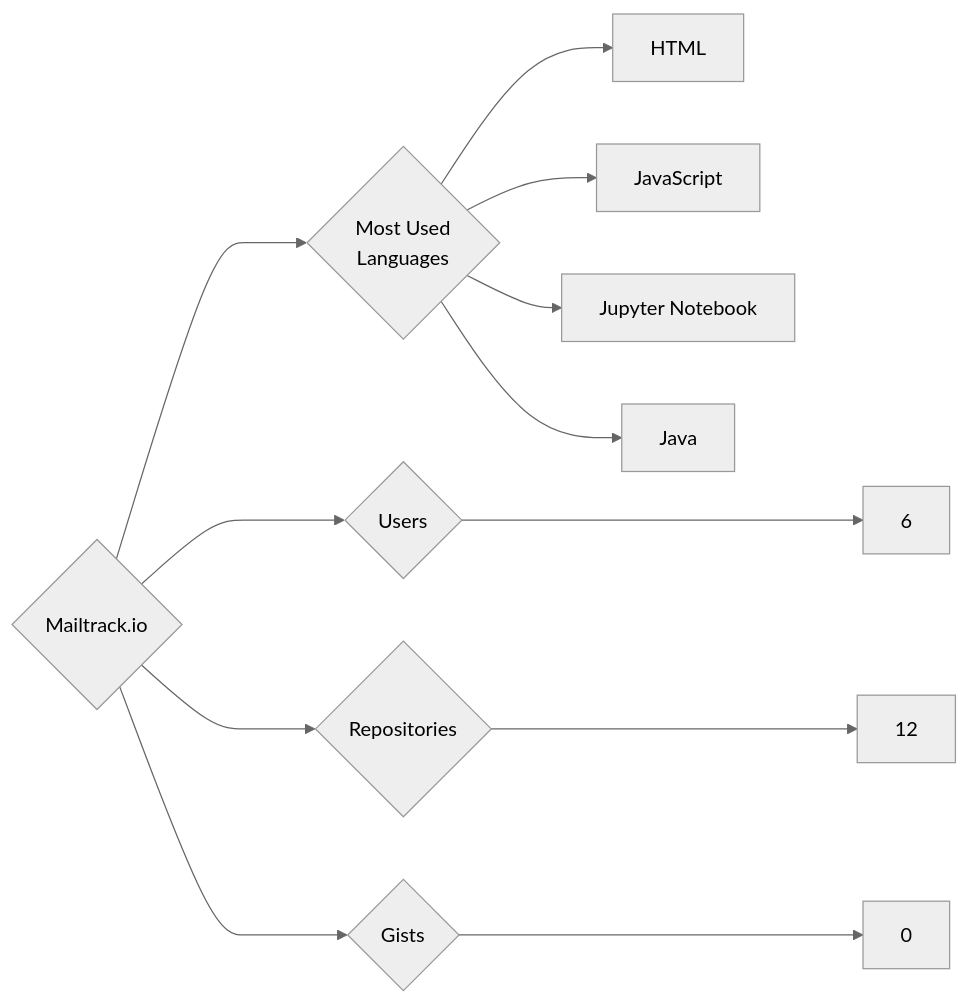
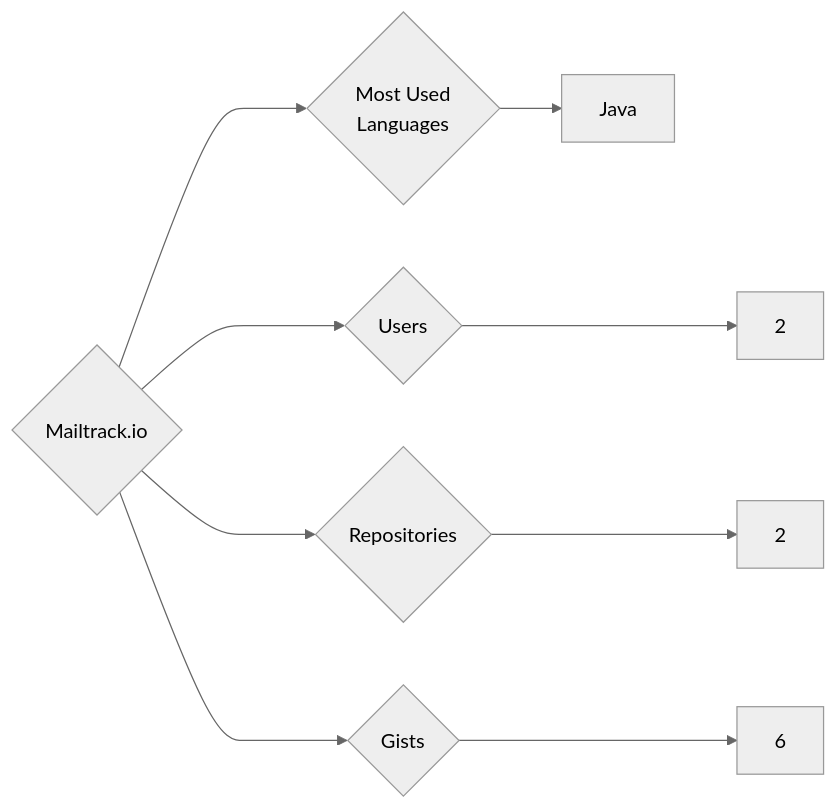
The diagram in targets/Mailtrack.io/README.md (trickest/insiders), drawn with Mermaid (neutral theme) before and after one commit. The commit also changed 932 other files, not shown here.

````diff
--- a/targets/Mailtrack.io/README.md
+++ b/targets/Mailtrack.io/README.md
@@ -3,12 +3,9 @@
 ```mermaid
 graph LR
 COMPANY_NAME{Mailtrack.io}
-COMPANY_NAME ---> U{Users} ---> UN[6]
-COMPANY_NAME ---> R{Repositories} ---> RN[12]
-COMPANY_NAME ---> G{Gists} ---> GN[0]
+COMPANY_NAME ---> U{Users} ---> UN[2]
+COMPANY_NAME ---> R{Repositories} ---> RN[2]
+COMPANY_NAME ---> G{Gists} ---> GN[6]
 COMPANY_NAME ---> ML{Most Used<br>Languages}
-ML --> HTML[HTML]
-ML --> JavaScript[JavaScript]
-ML --> Jupyter_Notebook[Jupyter Notebook]
 ML --> Java[Java]
 ```
````
